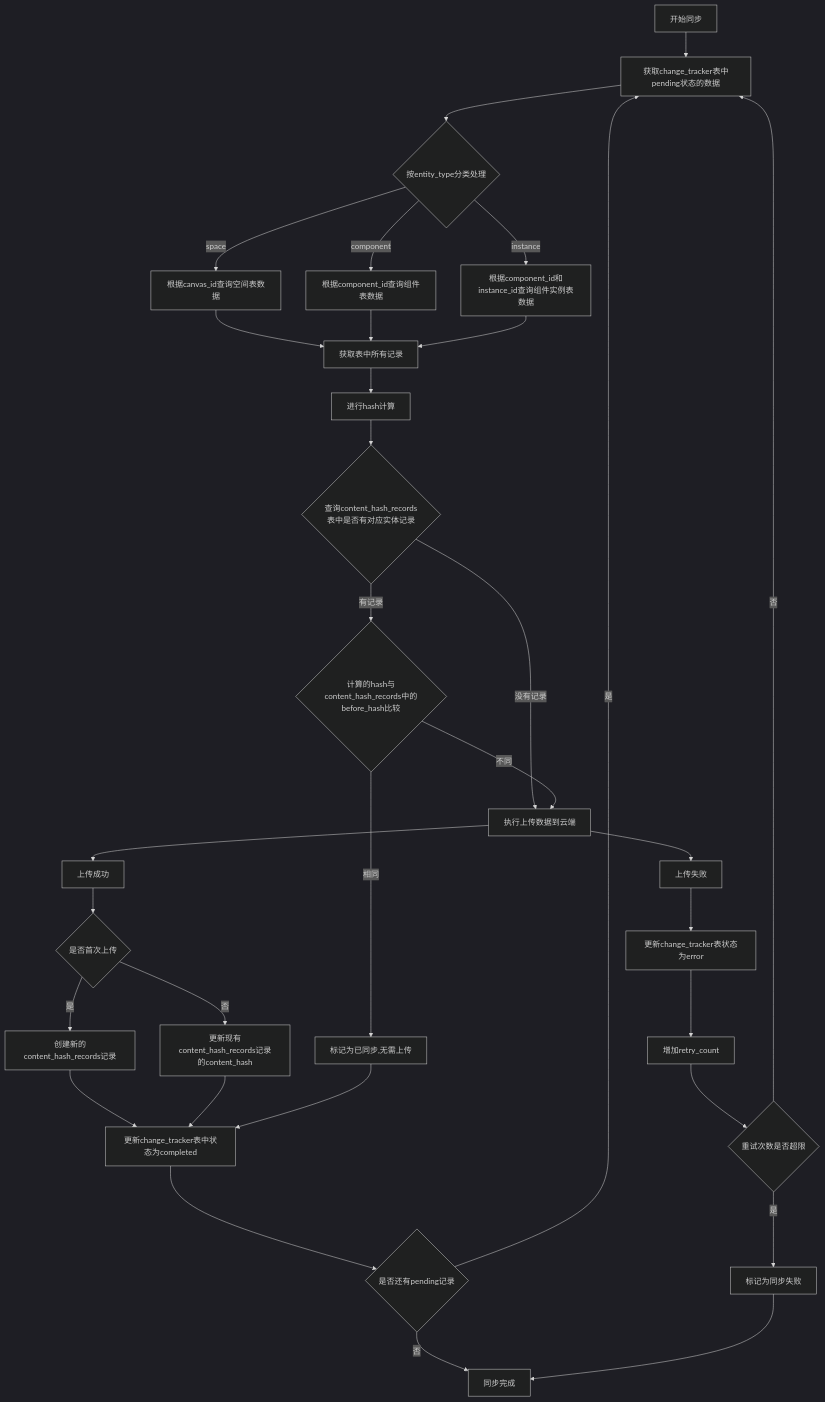
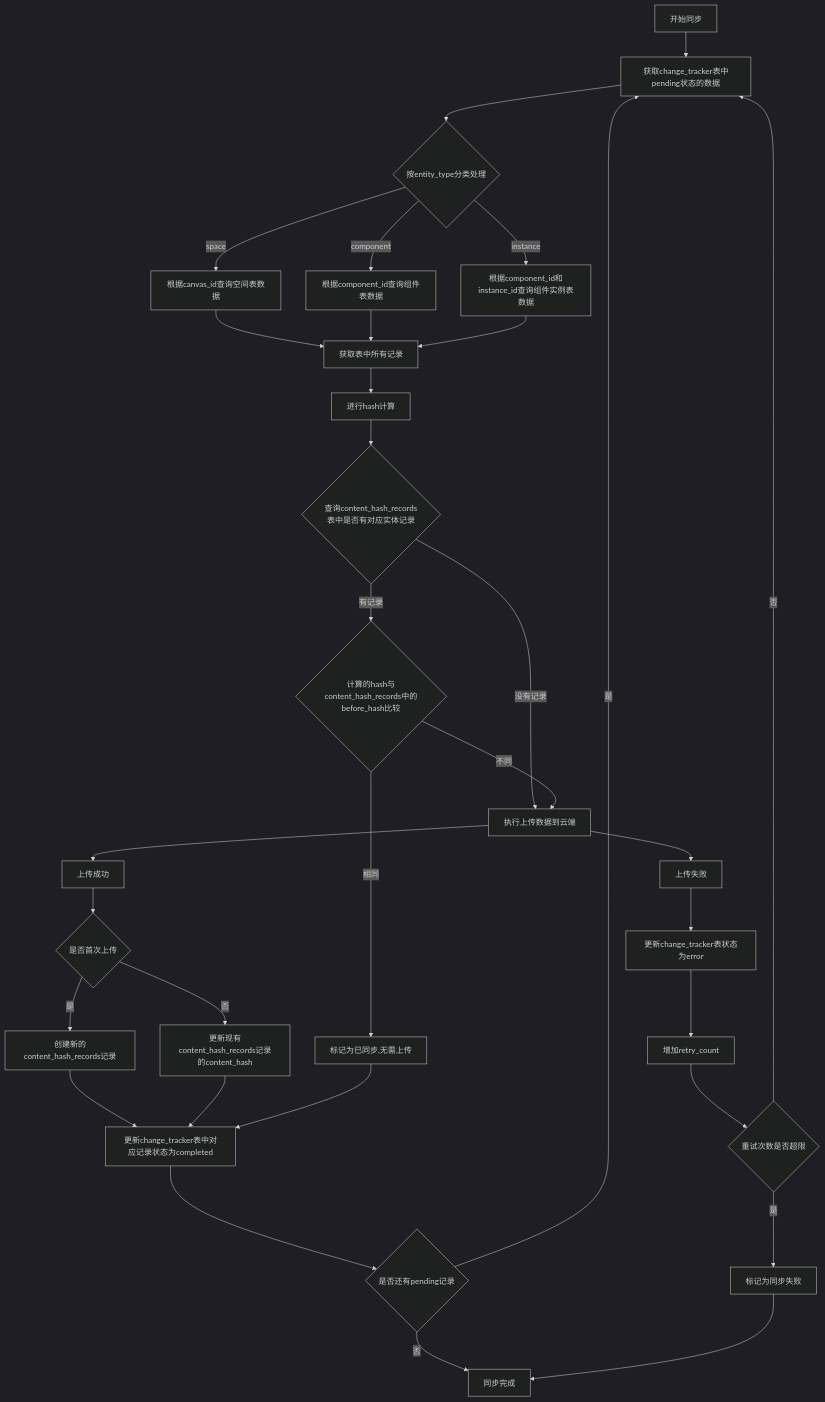
The diagram in all/未命名-44.md (yingjianzh/iodraw-files), drawn with Mermaid (dark theme) before and after one commit.

Commit message:
2025-04-27 10:30:04 update

````diff
--- a/all/未命名-44.md
+++ b/all/未命名-44.md
@@ -1,47 +1,47 @@
 ```mermaid
 
 flowchart TD
     A[开始同步] --> B[获取change_tracker表中pending状态的数据]
     B --> C{按entity_type分类处理}
     
     C -->|space| D1[根据canvas_id查询空间表数据]
     C -->|component| D2[根据component_id查询组件表数据]
     C -->|instance| D3[根据component_id和instance_id查询组件实例表数据]
     
     D1 --> E1[获取表中所有记录]
     D2 --> E1
     D3 --> E1
     
     E1 --> E2[进行hash计算]
     
     
     E2 --> I1{查询content_hash_records表中是否有对应实体记录}
     I1 -->|没有记录| K[执行上传数据到云端]
     I1 -->|有记录| I2{计算的hash与content_hash_records中的before_hash比较}
     I2 -->|相同| J[标记为已同步,无需上传]
     I2 -->|不同| K
     
     K --> L[上传成功]
     L --> M1{是否首次上传}
     M1 -->|是| M2[创建新的content_hash_records记录]
     M1 -->|否| M3[更新现有content_hash_records记录的content_hash]
     
-    M2 --> N[更新change_tracker表中状态为completed]
+    M2 --> N[更新change_tracker表中对应记录状态为completed]
     M3 --> N
     
     J --> N
     
     N --> O{是否还有pending记录}
     O -->|是| B
     O -->|否| P[同步完成]
     
     K --> Q[上传失败]
     Q --> R[更新change_tracker表状态为error]
     R --> S[增加retry_count]
     S --> T{重试次数是否超限}
     T -->|是| U[标记为同步失败]
     T -->|否| B
     
     U --> P
 
 ```
````
